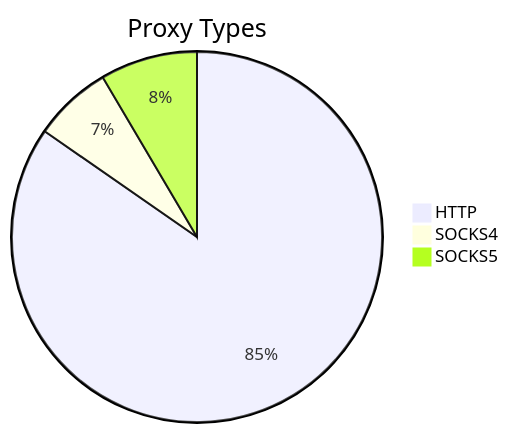
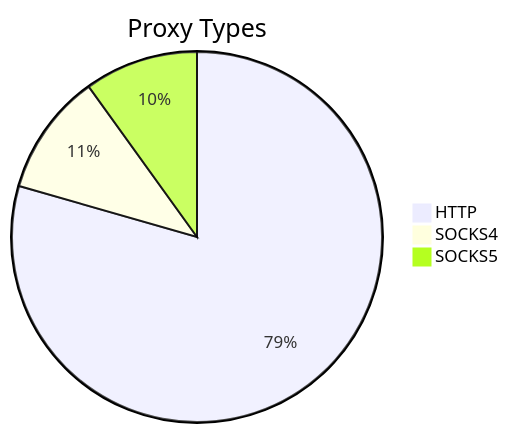
Before and after one commit to stormsia/proxy-list: the first of 2 diagrams in README.md, drawn with Mermaid. The commit also changed other lines of this file, not shown here.

````diff
--- a/README.md
+++ b/README.md
@@ -21,6 +21,6 @@
 ```mermaid
 pie title Proxy Types
-    "HTTP" : 469
-    "SOCKS4" : 38
-    "SOCKS5" : 47
+    "HTTP" : 568
+    "SOCKS4" : 76
+    "SOCKS5" : 71
 ```
````
